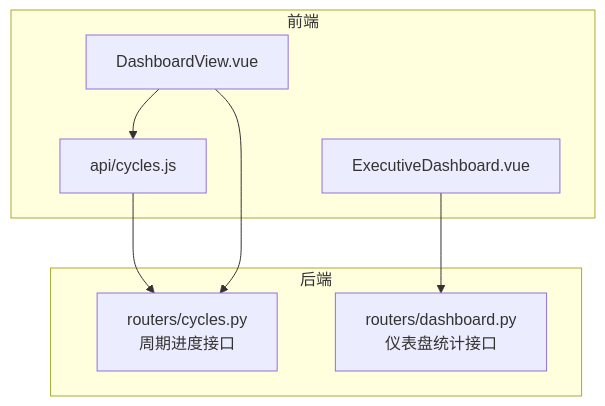
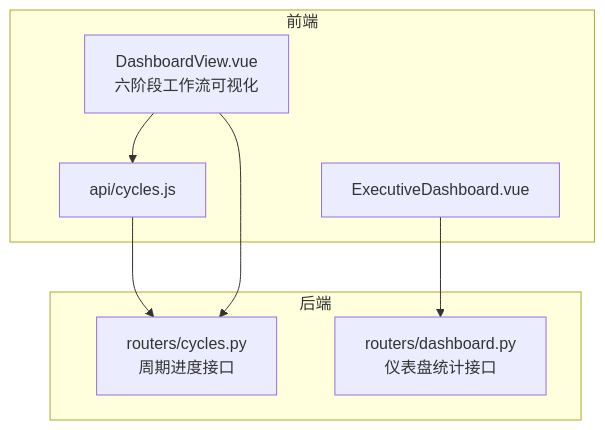
One commit to xgd561/performance_evaluation_system changed the first of 9 diagrams in .qoder/repowiki/zh/content/考核周期管理/进度监控与统计.md. Above: the diagram before and after it, drawn with Mermaid. The commit also changed other lines of this file and 56 other files, not shown here.

````diff
--- a/.qoder/repowiki/zh/content/考核周期管理/进度监控与统计.md
+++ b/.qoder/repowiki/zh/content/考核周期管理/进度监控与统计.md
@@ -32,16 +42,16 @@
 ```mermaid
 graph TB
 subgraph "前端"
-DV["DashboardView.vue"]
+DV["DashboardView.vue<br/>六阶段工作流可视化"]
 EDV["ExecutiveDashboard.vue"]
 ACycles["api/cycles.js"]
 end
 subgraph "后端"
 RCycles["routers/cycles.py<br/>周期进度接口"]
 RDash["routers/dashboard.py<br/>仪表盘统计接口"]
 end
 DV --> ACycles
 EDV --> RDash
 ACycles --> RCycles
 DV --> RCycles
 ```
````
